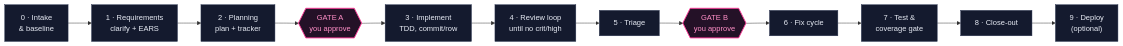
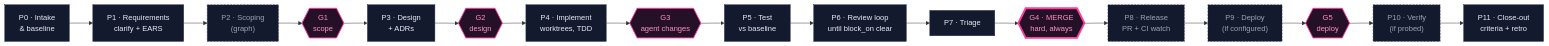
One commit to cbeyondcloud/zyroflo changed the diagram in README.md. Above: the diagram before and after it, drawn with Mermaid. The commit also changed other lines of this file and 4 other files, not shown here.

````diff
--- a/README.md
+++ b/README.md
@@ -71,13 +71,18 @@
 ```mermaid
 flowchart LR
-    P0["0 · Intake<br/>& baseline"] --> P1["1 · Requirements<br/>clarify + EARS"] --> P2["2 · Planning<br/>plan + tracker"]
-    P2 --> GA{{"GATE A<br/>you approve"}}
-    GA --> P3["3 · Implement<br/>TDD, commit/row"] --> P4["4 · Review loop<br/>until no crit/high"] --> P5["5 · Triage"]
-    P5 --> GB{{"GATE B<br/>you approve"}}
-    GB --> P6["6 · Fix cycle"] --> P7["7 · Test &<br/>coverage gate"] --> P8["8 · Close-out"] --> P9["9 · Deploy<br/>(optional)"]
+    P0["P0 · Intake<br/>& baseline"] --> P1["P1 · Requirements<br/>clarify + EARS"] --> P2["P2 · Scoping<br/>(graph)"]
+    P2 --> G1{{"G1<br/>scope"}} --> P3["P3 · Design<br/>+ ADRs"] --> G2{{"G2<br/>design"}}
+    G2 --> P4["P4 · Implement<br/>worktrees, TDD"] --> G3{{"G3<br/>agent changes"}} --> P5["P5 · Test<br/>vs baseline"]
+    P5 --> P6["P6 · Review loop<br/>until block_on clear"] --> P7["P7 · Triage"] --> G4{{"G4 · MERGE<br/>hard, always"}}
+    G4 --> P8["P8 · Release<br/>PR + CI watch"] --> P9["P9 · Deploy<br/>(if configured)"] --> G5{{"G5<br/>deploy"}}
+    G5 --> P10["P10 · Verify<br/>(if probed)"] --> P11["P11 · Close-out<br/>criteria + retro"]
 
     classDef gate fill:#241127,stroke:#ff3d9a,stroke-width:2px,color:#ff8fc7;
+    classDef merge fill:#241127,stroke:#ff3d9a,stroke-width:4px,color:#ff8fc7;
     classDef phase fill:#141a2e,stroke:#2a3350,color:#e8ecf5;
-    class GA,GB gate;
-    class P0,P1,P2,P3,P4,P5,P6,P7,P8,P9 phase;
+    classDef optional fill:#141a2e,stroke:#2a3350,stroke-dasharray:4 3,color:#9aa3b8;
+    class G1,G2,G3,G5 gate;
+    class G4 merge;
+    class P0,P1,P3,P4,P5,P6,P7,P11 phase;
+    class P2,P8,P9,P10 optional;
 ```
````
